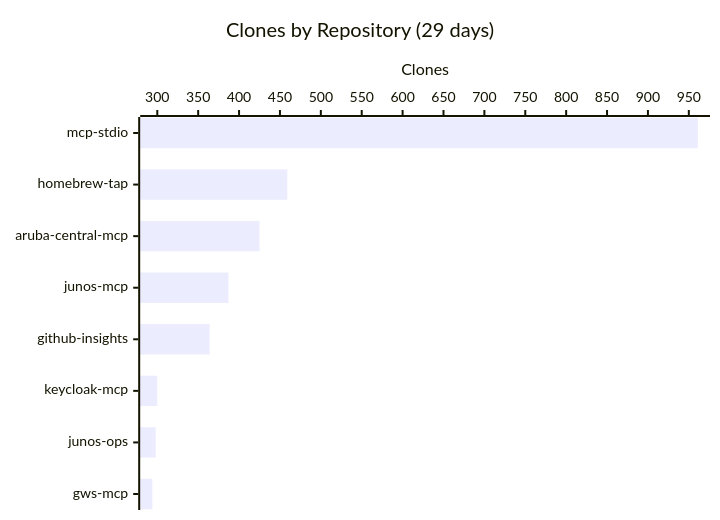
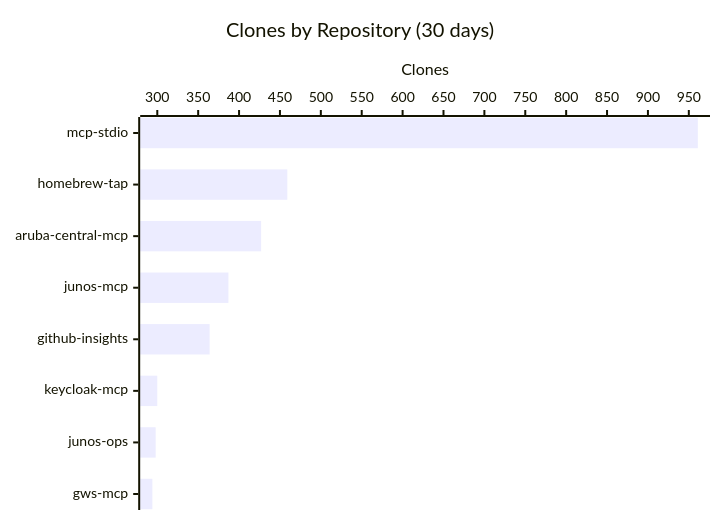
Before and after one commit to shigechika/github-insights: the third of 3 diagrams in README.md, drawn with Mermaid. The commit also changed other lines of this file and 1 other file, not shown here.

````diff
--- a/README.md
+++ b/README.md
@@ -32,7 +32,7 @@
 ```mermaid
 xychart-beta horizontal
-    title "Clones by Repository (29 days)"
+    title "Clones by Repository (30 days)"
     x-axis ["mcp-stdio", "homebrew-tap", "aruba-central-mcp", "junos-mcp", "github-insights", "keycloak-mcp", "junos-ops", "gws-mcp"]
     y-axis "Clones"
-    bar [961, 459, 425, 387, 364, 300, 298, 294]
+    bar [961, 459, 427, 387, 364, 300, 298, 294]
 ```
````
